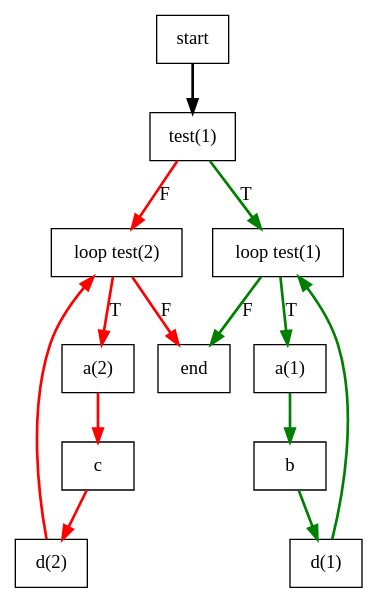
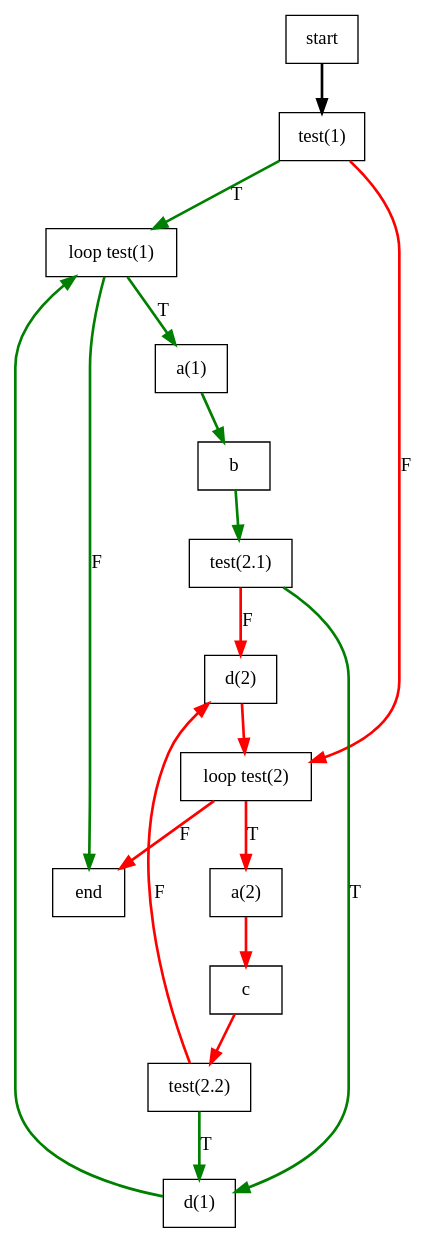
One commit to robert-strandh/SICL changed the diagram in Papers/Rewrite/loop6.dot. Above: the diagram before and after it, drawn with Graphviz.

Commit message:
LOOP6 figure now replicates the test because it has 2 predecessors.

```diff
--- a/Papers/Rewrite/loop6.dot
+++ b/Papers/Rewrite/loop6.dot
@@ -1,28 +1,34 @@
 digraph G {
   start [label = "start", shape = box];
   end [label = "end", shape = box];
   looptest1 [label = "loop test(1)", shape = box];
   looptest2 [label = "loop test(2)", shape = box];
   a1 [label = "a(1)", shape = box];
   a2 [label = "a(2)", shape = box];
   b [label = "b", shape = box];
   c [label = "c", shape = box];
   d1 [label = "d(1)", shape = box];
   d2 [label = "d(2)", shape = box];
   test1 [label = "test(1)", shape = box];
+  test21 [label = "test(2.1)", shape = box];
+  test22 [label = "test(2.2)", shape = box];
 
   start -> test1 [style = bold];
   looptest1 -> a1 [style = bold, color = green, label = "T"];
   looptest1 -> end [style = bold, color = green, label = "F"];
   looptest2 -> a2 [style = bold, color = red, label = "T"];
   looptest2 -> end [style = bold, color = red, label = "F"];
   a1 -> b [style = bold, color = green];
   a2 -> c [style = bold, color = red];
   test1 -> looptest1 [style = bold, color = green, label = "T"];
   test1 -> looptest2 [style = bold, color = red, label = "F"];
-  b -> d1 [style = bold, color = green];
-  c -> d2 [style = bold, color = red];
+  test21 -> d1 [style = bold, color = green, label = "T"];
+  test21 -> d2 [style = bold, color = red, label = "F"];
+  test22 -> d1 [style = bold, color = green, label = "T"];
+  test22 -> d2 [style = bold, color = red, label = "F"];
+  b -> test21 [style = bold, color = green];
+  c -> test22 [style = bold, color = red];
   d1 -> looptest1 [style = bold, color = green];
   d2 -> looptest2 [style = bold, color = red];
 
 }
```
